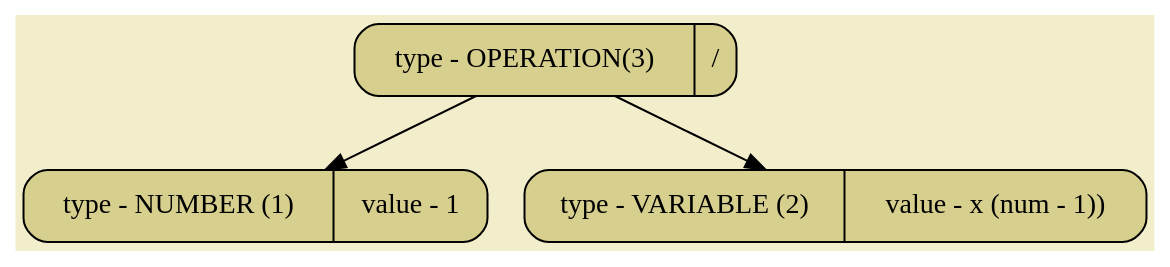
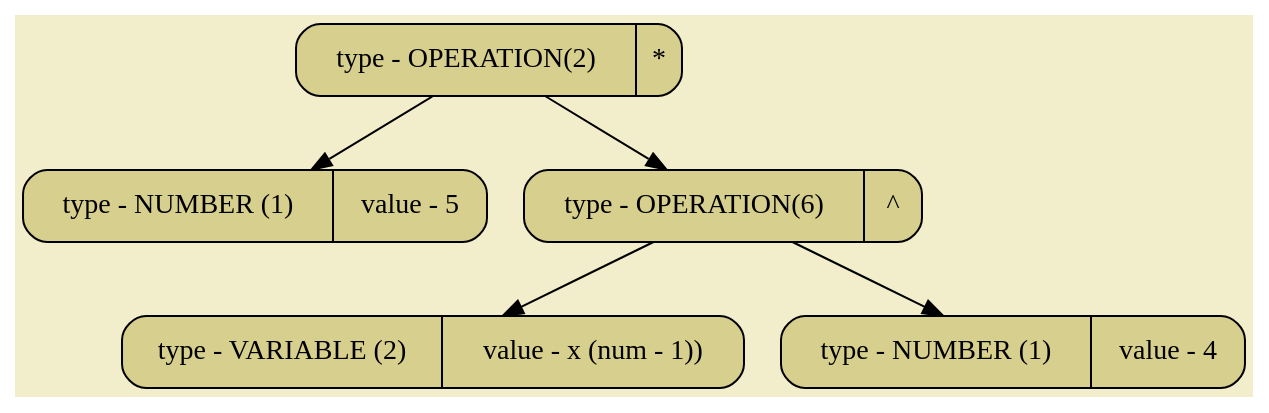
Before and after one commit to SashaKhaytina/Differenciator: the diagram in all_dumps/pictures/image03.dot, drawn with Graphviz. The commit also changed 13 other files, not shown here.

```diff
--- a/all_dumps/pictures/image03.dot
+++ b/all_dumps/pictures/image03.dot
@@ -1,10 +1,14 @@
 digraph
 {
 bgcolor="#F2EECB";
 rankdir = TB;
-POINT_0x55c3e3101820[shape=Mrecord, label = "type - OPERATION(3) | /", style="filled",fillcolor="#D7CF8D"]
-POINT_0x55c3e31017f0[shape=Mrecord, label = "type - NUMBER (1) | value - 1", style="filled",fillcolor="#D7CF8D"]
-POINT_0x55c3e31017c0[shape=Mrecord, label = "type - VARIABLE (2) | value - x (num - 1))", style="filled",fillcolor="#D7CF8D"]
-POINT_0x55c3e3101820 -> POINT_0x55c3e31017f0
-POINT_0x55c3e3101820 -> POINT_0x55c3e31017c0
+POINT_0x65204b4dcfa0[shape=Mrecord, label = "type - OPERATION(2) | *", style="filled",fillcolor="#D7CF8D"]
+POINT_0x65204b4dcf10[shape=Mrecord, label = "type - NUMBER (1) | value - 5", style="filled",fillcolor="#D7CF8D"]
+POINT_0x65204b4dcee0[shape=Mrecord, label = "type - OPERATION(6) | ^", style="filled",fillcolor="#D7CF8D"]
+POINT_0x65204b4dceb0[shape=Mrecord, label = "type - VARIABLE (2) | value - x (num - 1))", style="filled",fillcolor="#D7CF8D"]
+POINT_0x65204b4dce80[shape=Mrecord, label = "type - NUMBER (1) | value - 4", style="filled",fillcolor="#D7CF8D"]
+POINT_0x65204b4dcfa0 -> POINT_0x65204b4dcf10
+POINT_0x65204b4dcfa0 -> POINT_0x65204b4dcee0
+POINT_0x65204b4dcee0 -> POINT_0x65204b4dceb0
+POINT_0x65204b4dcee0 -> POINT_0x65204b4dce80
 }
```
